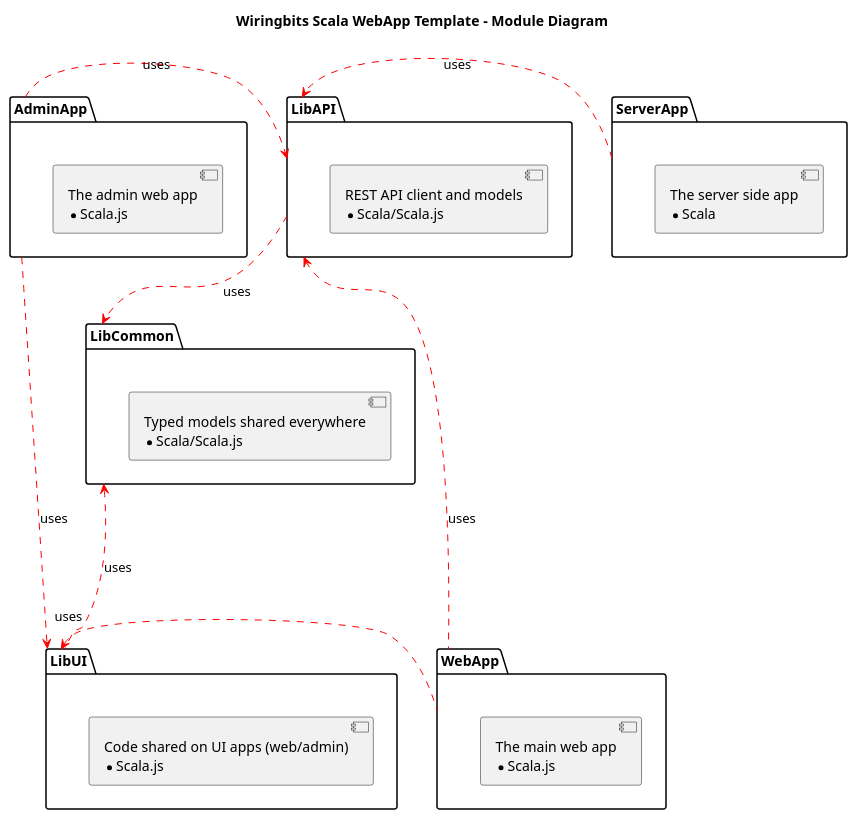
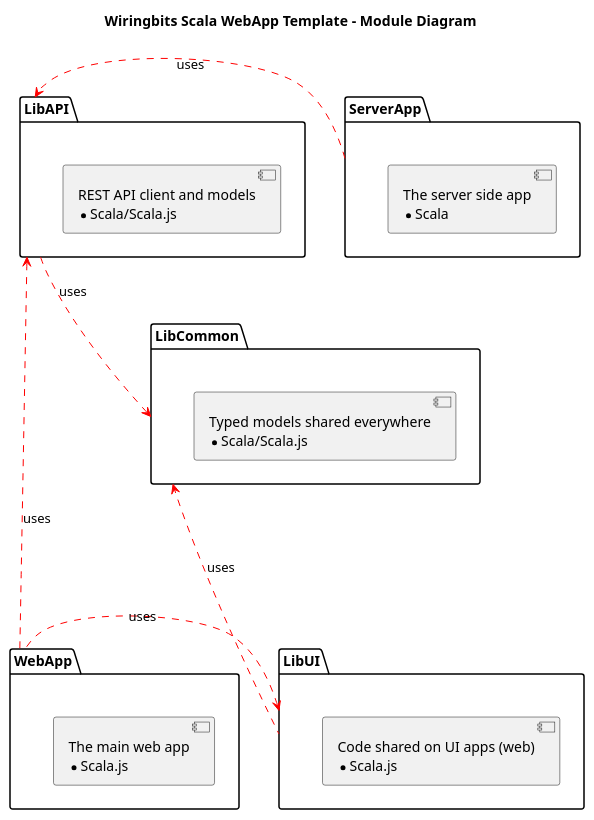
Before and after one commit to AlexITC/expense-tracker: the diagram in docs/diagram-sources/architecture-modules.puml, drawn with PlantUML. The commit also changed 44 other files, not shown here.

```diff
--- a/docs/diagram-sources/architecture-modules.puml
+++ b/docs/diagram-sources/architecture-modules.puml
@@ -1,40 +1,34 @@
 @startuml
 Title Wiringbits Scala WebApp Template - Module Diagram
 
 skinparam {
     ArrowColor Red
 }
 
 package LibCommon {
     [Typed models shared everywhere\n* Scala/Scala.js]
 }
 
 package LibUI {
-    [Code shared on UI apps (web/admin)\n* Scala.js]
+    [Code shared on UI apps (web)\n* Scala.js]
 }
 
 package LibAPI {
     [REST API client and models\n* Scala/Scala.js]
 }
 
 package WebApp {
     [The main web app\n* Scala.js]
 }
-package AdminApp {
-    [The admin web app\n* Scala.js]
-}
 package ServerApp {
     [The server side app\n* Scala]
 }
 
 WebApp .left....> LibUI : uses
 WebApp .left....> LibAPI : uses
 
-AdminApp .right.> LibUI : uses
-AdminApp .right.> LibAPI : uses
-
 ServerApp .> LibAPI : uses
 
 LibUI .up..> LibCommon : uses
 LibAPI .down.> LibCommon : uses
 @enduml
```
